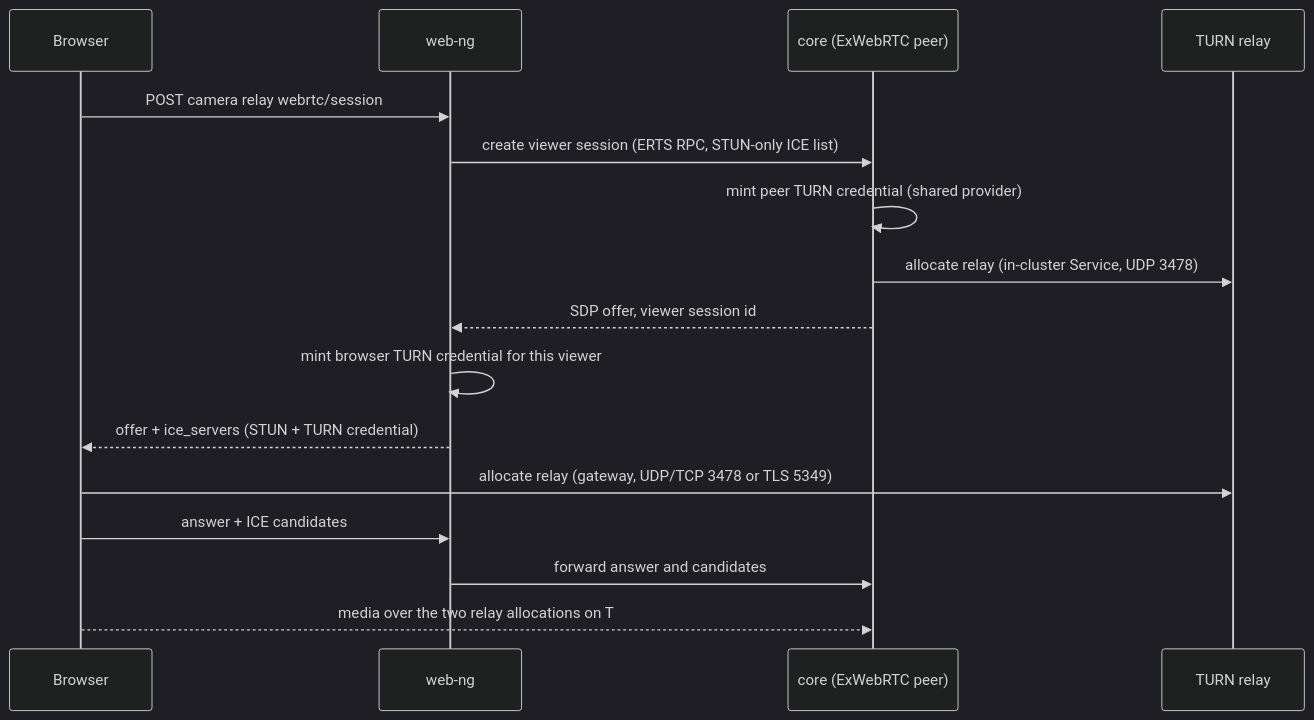
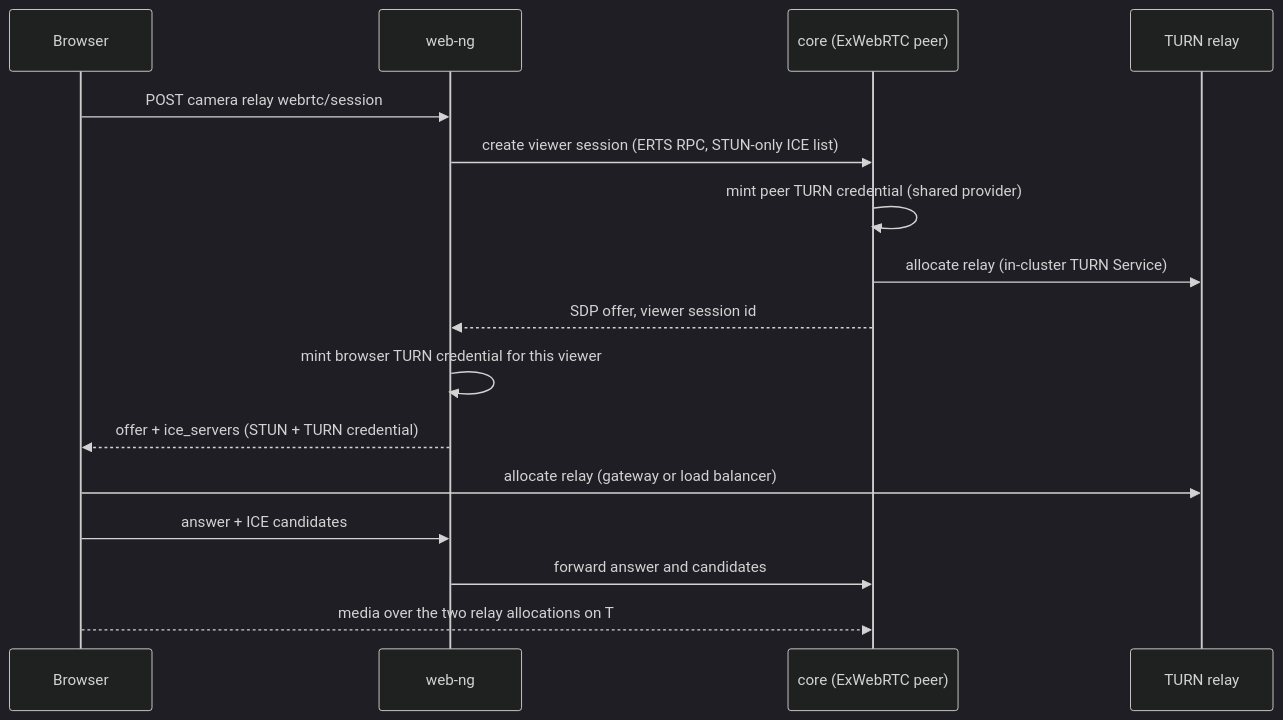
One commit to carverauto/serviceradar changed the second of 2 diagrams in docs/docs/architecture.md. Above: the diagram before and after it, drawn with Mermaid (dark theme). The commit also changed 5 other files, not shown here.

````diff
--- a/docs/docs/architecture.md
+++ b/docs/docs/architecture.md
@@ -98,18 +98,18 @@
 ```mermaid
 sequenceDiagram
   participant B as Browser
   participant W as web-ng
   participant C as core (ExWebRTC peer)
   participant T as TURN relay
   B->>W: POST camera relay webrtc/session
   W->>C: create viewer session (ERTS RPC, STUN-only ICE list)
   C->>C: mint peer TURN credential (shared provider)
-  C->>T: allocate relay (in-cluster Service, UDP 3478)
+  C->>T: allocate relay (in-cluster TURN Service)
   C-->>W: SDP offer, viewer session id
   W->>W: mint browser TURN credential for this viewer
   W-->>B: offer + ice_servers (STUN + TURN credential)
-  B->>T: allocate relay (gateway, UDP/TCP 3478 or TLS 5349)
+  B->>T: allocate relay (gateway or load balancer)
   B->>W: answer + ICE candidates
   W->>C: forward answer and candidates
   B-->>C: media over the two relay allocations on T
 ```
````
